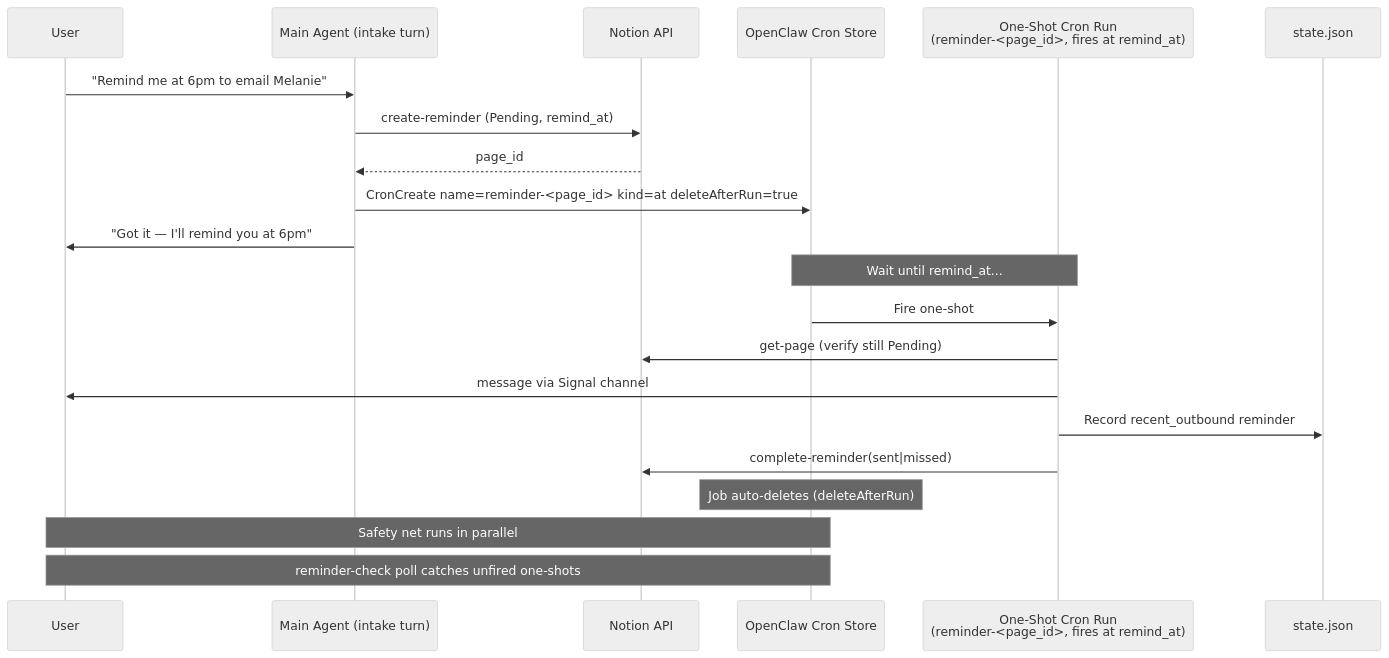
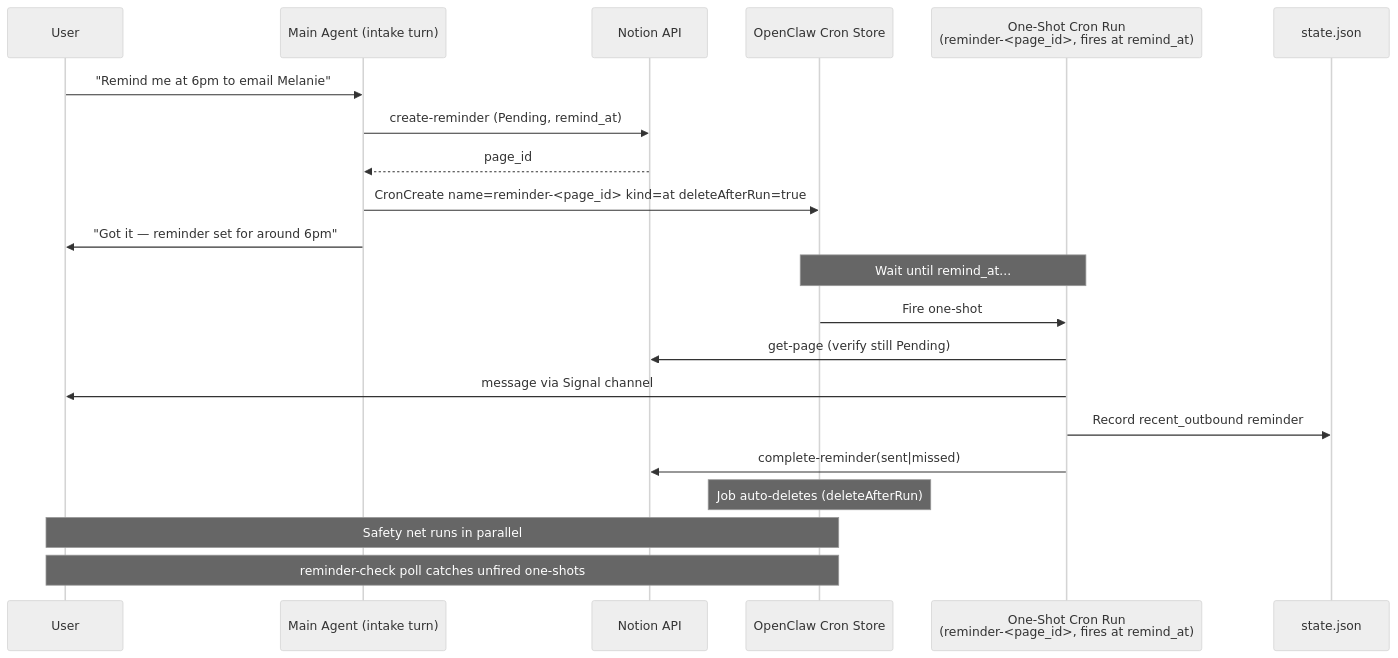
One commit to NickBorgersProbably/hide-my-list changed the fifth of 6 diagrams in docs/architecture.md. Above: the diagram before and after it, drawn with Mermaid (neutral theme). The commit also changed other lines of this file and 5 other files, not shown here.

````diff
--- a/docs/architecture.md
+++ b/docs/architecture.md
@@ -202,27 +202,27 @@
 ```mermaid
 sequenceDiagram
     participant User
     participant Main as Main Agent (intake turn)
     participant Notion as Notion API
     participant Cron as OpenClaw Cron Store
     participant OneShot as One-Shot Cron Run<br/>(reminder-<page_id>, fires at remind_at)
     participant State as state.json
 
     User->>Main: "Remind me at 6pm to email Melanie"
     Main->>Notion: create-reminder (Pending, remind_at)
     Notion-->>Main: page_id
     Main->>Cron: CronCreate name=reminder-<page_id> kind=at deleteAfterRun=true
-    Main->>User: "Got it — I'll remind you at 6pm"
+    Main->>User: "Got it — reminder set for around 6pm"
 
     Note over Cron,OneShot: Wait until remind_at...
 
     Cron->>OneShot: Fire one-shot
     OneShot->>Notion: get-page (verify still Pending)
     OneShot->>User: message via Signal channel
     OneShot->>State: Record recent_outbound reminder
     OneShot->>Notion: complete-reminder(sent|missed)
     Note over Cron: Job auto-deletes (deleteAfterRun)
 
     Note over Cron,User: Safety net runs in parallel
     Note over Cron,User: reminder-check poll catches unfired one-shots
 ```
````
